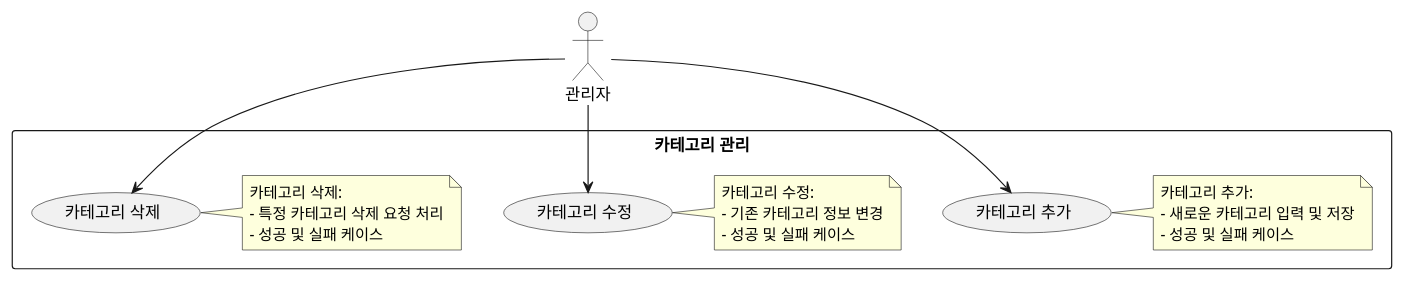
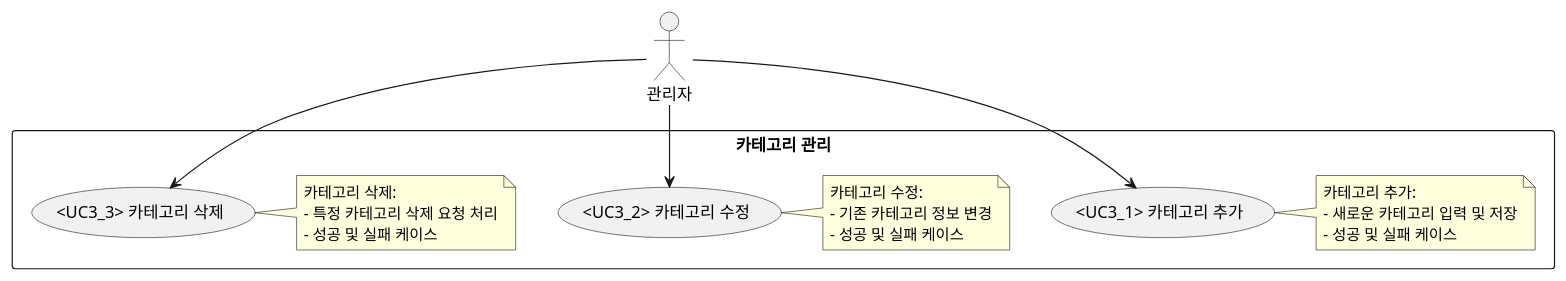
Before and after one commit to f-lab-edu/mini-mart: the diagram in docs/uml/admin/category/overview.puml, drawn with PlantUML. The commit also changed 55 other files, not shown here.

```diff
--- a/docs/uml/admin/category/overview.puml
+++ b/docs/uml/admin/category/overview.puml
@@ -1,31 +1,31 @@
 @startuml
 actor "관리자" as Admin
 
 rectangle "카테고리 관리" {
-  usecase "카테고리 추가" as UC3_1
+  usecase "<UC3_1> 카테고리 추가" as UC3_1
   note right of UC3_1
   카테고리 추가:
   - 새로운 카테고리 입력 및 저장
   - 성공 및 실패 케이스
   end note
 
-  usecase "카테고리 수정" as UC3_2
+  usecase "<UC3_2> 카테고리 수정" as UC3_2
   note right of UC3_2
   카테고리 수정:
   - 기존 카테고리 정보 변경
   - 성공 및 실패 케이스
   end note
 
-  usecase "카테고리 삭제" as UC3_3
+  usecase "<UC3_3> 카테고리 삭제" as UC3_3
   note right of UC3_3
   카테고리 삭제:
   - 특정 카테고리 삭제 요청 처리
   - 성공 및 실패 케이스
   end note
 }
 
 Admin --> UC3_1
 Admin --> UC3_2
 Admin --> UC3_3
 
 @enduml
```
